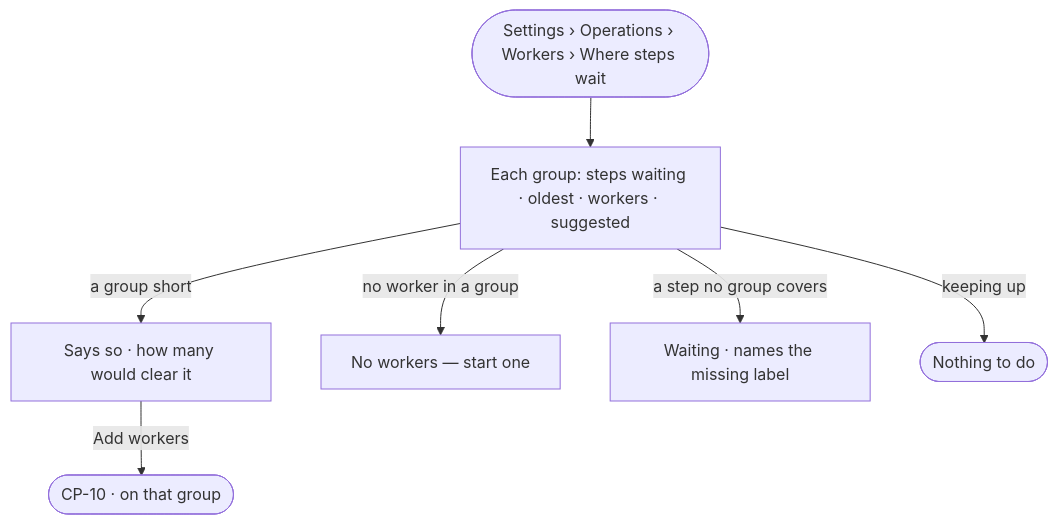
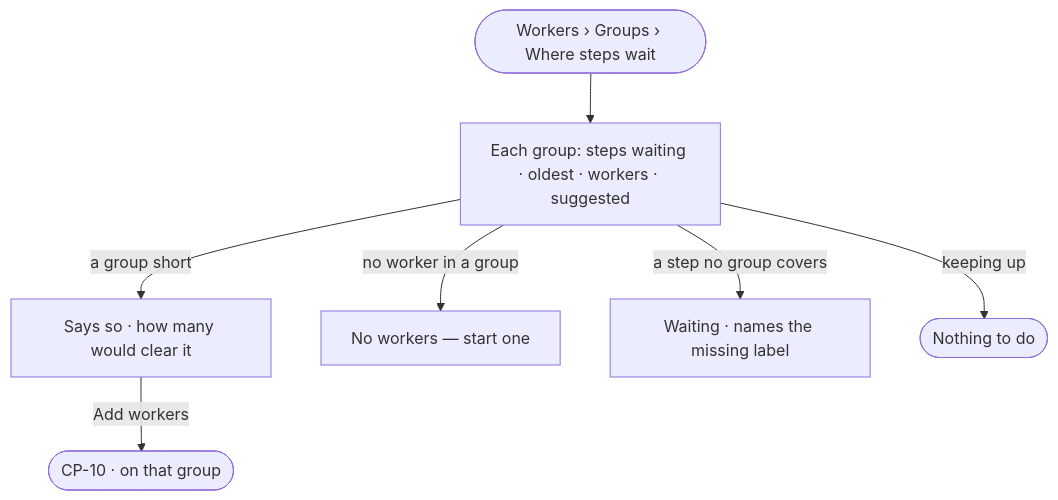
One commit to invana/invana changed the diagram in specs/os/control/features/CP-F03-workers-and-the-queue/stories/CP-08-see-how-many-workers-each-group-needs/story.md. Above: the diagram before and after it, drawn with Mermaid. The commit also changed 133 other files, not shown here.

````diff
--- a/specs/os/control/features/CP-F03-workers-and-the-queue/stories/CP-08-see-how-many-workers-each-group-needs/story.md
+++ b/specs/os/control/features/CP-F03-workers-and-the-queue/stories/CP-08-see-how-many-workers-each-group-needs/story.md
@@ -26,9 +26,9 @@
 ```mermaid
 flowchart TD
-  s([Settings › Operations › Workers › Where steps wait]) --> g["Each group: steps waiting · oldest · workers · suggested"]
+  s([Workers › Groups › Where steps wait]) --> g["Each group: steps waiting · oldest · workers · suggested"]
   g -->|a group short| c["Says so · how many would clear it"]
   c -->|Add workers| add(["CP-10 · on that group"])
   g -->|no worker in a group| nw["No workers — start one"]
   g -->|a step no group covers| un["Waiting · names the missing label"]
   g -->|keeping up| ok(["Nothing to do"])
 ```
````
